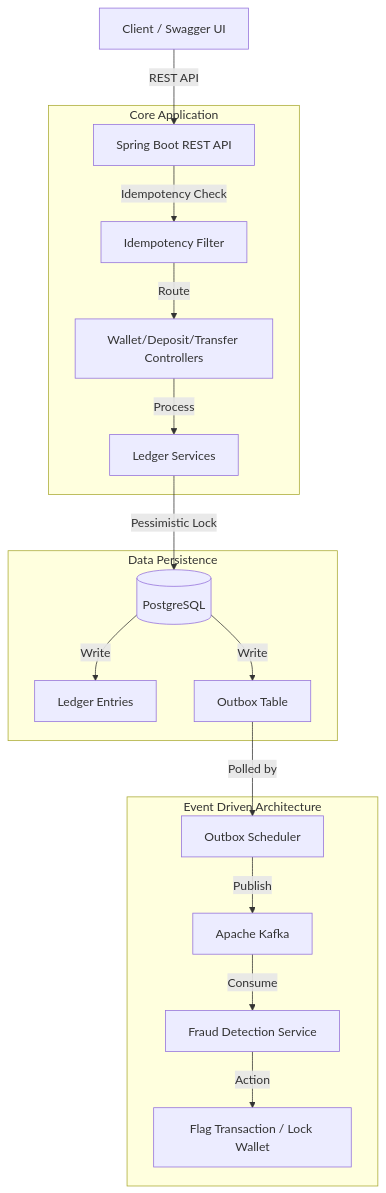
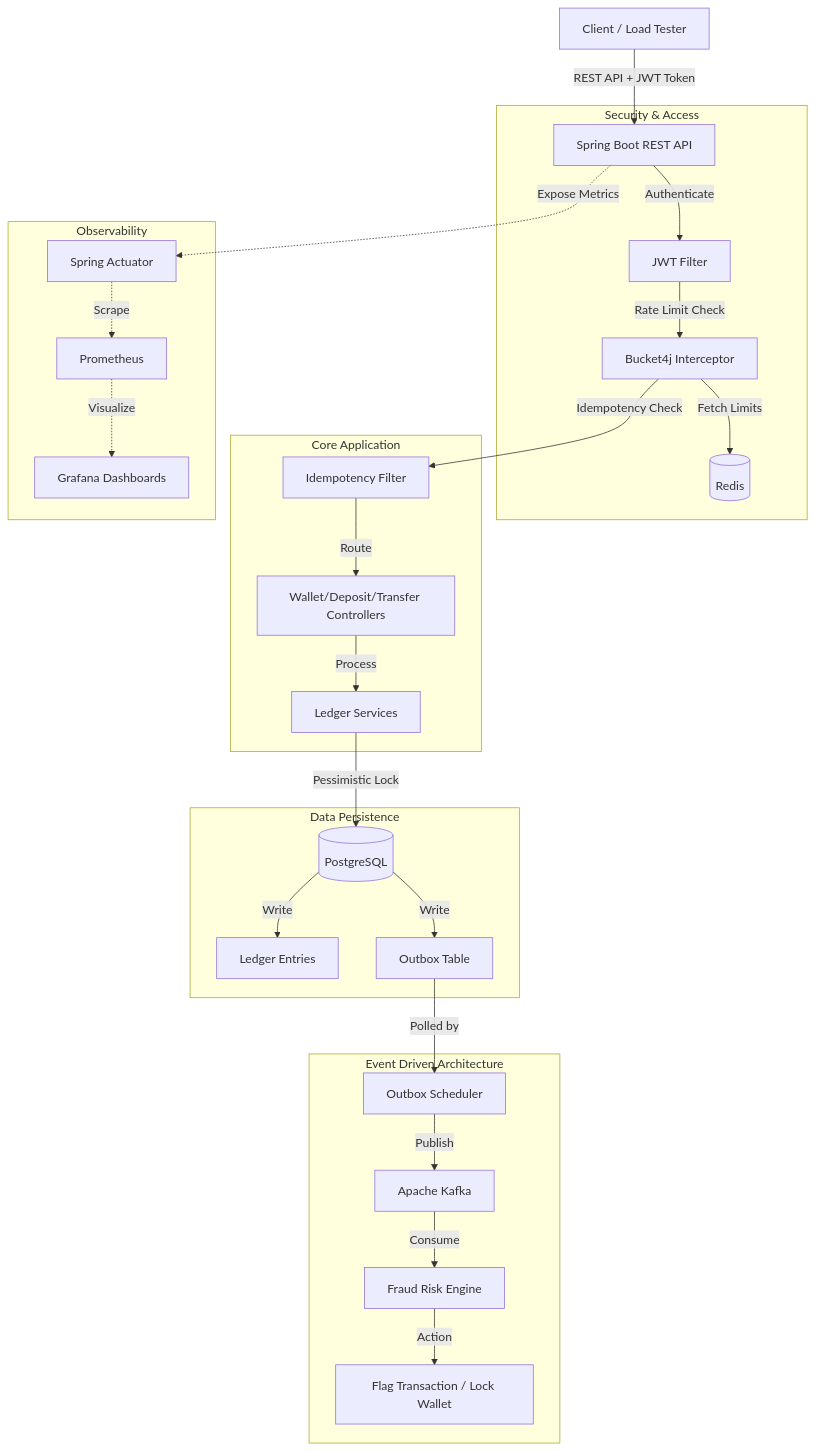
Before and after one commit to 25Rohit25/Payflow: the diagram in README.md, drawn with Mermaid.

Commit message:
docs: update architecture flow diagram to include Tier-1 features

````diff
--- a/README.md
+++ b/README.md
@@ -21,23 +21,35 @@
 ```mermaid
 graph TD
-    Client[Client / Swagger UI] -->|REST API| API[Spring Boot REST API]
+    Client[Client / Load Tester] -->|REST API + JWT Token| API[Spring Boot REST API]
+    
+    subgraph Security & Access
+    API -->|Authenticate| JWT[JWT Filter]
+    JWT -->|Rate Limit Check| Bucket4j[Bucket4j Interceptor]
+    Bucket4j -->|Fetch Limits| Redis[(Redis)]
+    end
     
     subgraph Core Application
-    API -->|Idempotency Check| Filter[Idempotency Filter]
+    Bucket4j -->|Idempotency Check| Filter[Idempotency Filter]
     Filter -->|Route| Controllers[Wallet/Deposit/Transfer Controllers]
     Controllers -->|Process| Services[Ledger Services]
     end
     
     subgraph Data Persistence
     Services -->|Pessimistic Lock| DB[(PostgreSQL)]
     DB -->|Write| Ledger[Ledger Entries]
     DB -->|Write| Outbox[Outbox Table]
     end
     
     subgraph Event Driven Architecture
     Outbox -->|Polled by| Scheduler[Outbox Scheduler]
     Scheduler -->|Publish| Kafka[Apache Kafka]
-    Kafka -->|Consume| Fraud[Fraud Detection Service]
+    Kafka -->|Consume| Fraud[Fraud Risk Engine]
     Fraud -->|Action| Alert[Flag Transaction / Lock Wallet]
     end
+    
+    subgraph Observability
+    API -.->|Expose Metrics| Actuator[Spring Actuator]
+    Actuator -.->|Scrape| Prometheus[Prometheus]
+    Prometheus -.->|Visualize| Grafana[Grafana Dashboards]
+    end
 ```
````
